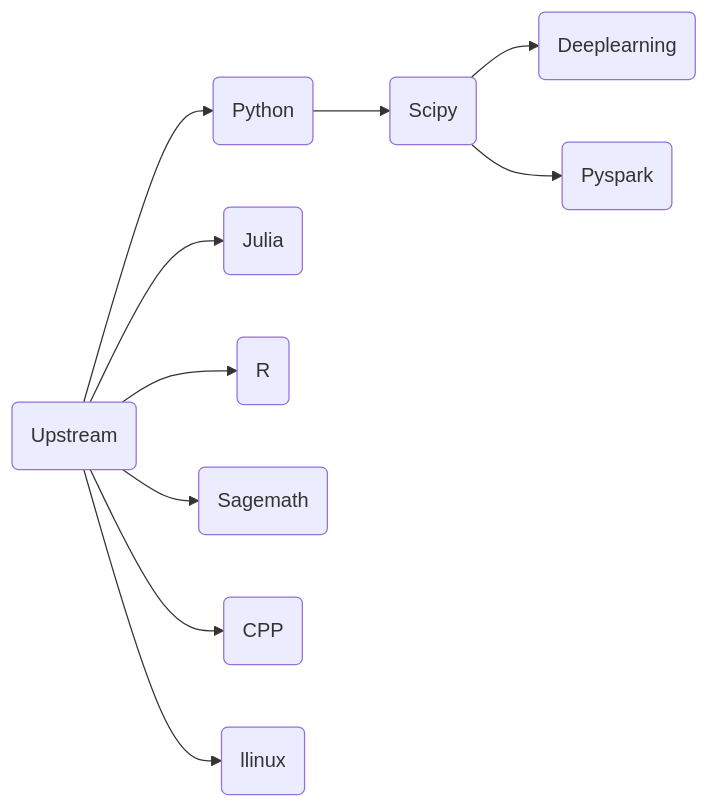
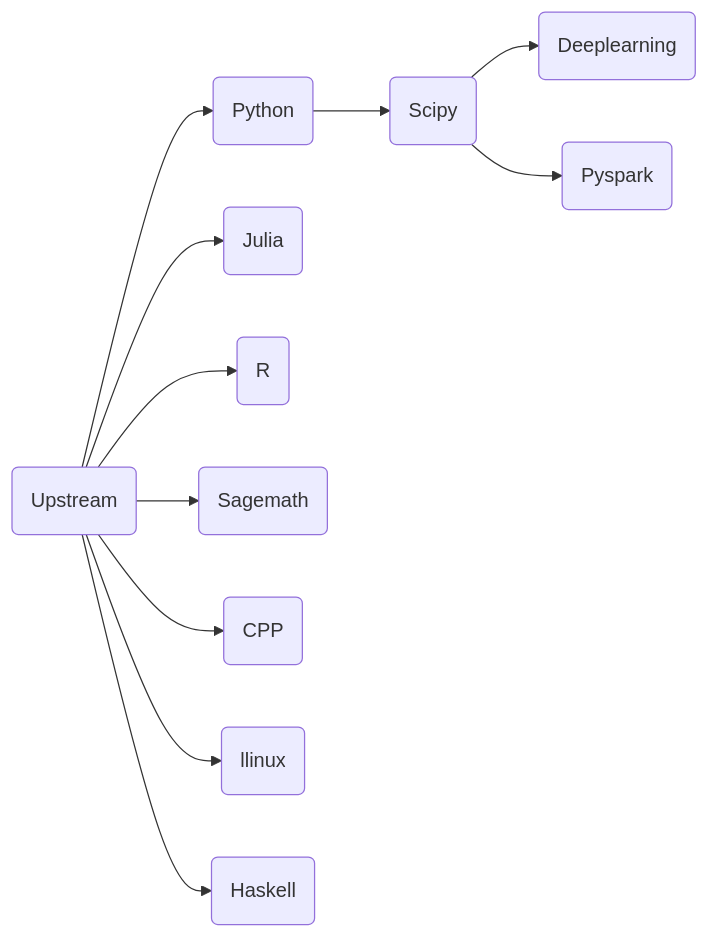
The diagram in README.md (ben0i0d/jupyter-image-stacks), drawn with Mermaid before and after one commit. The commit also changed other lines of this file and 2 other files, not shown here.

Commit message:
Update 3 files
- /haskell/Dockerfile
- /README.md
- /.gitlab-ci.yml

````diff
--- a/README.md
+++ b/README.md
@@ -68,11 +69,12 @@
 ```mermaid
 graph LR
 A(Upstream)-->B(Python)-->C(Scipy)
 A-->F(Julia)
 A-->G(R)
 A-->H(Sagemath)
 A-->I(CPP)
 A-->J(llinux)
+A-->K(Haskell)
 C(Scipy)-->D(Deeplearning)  
 C(Scipy)-->E(Pyspark)  
 ```  
````
